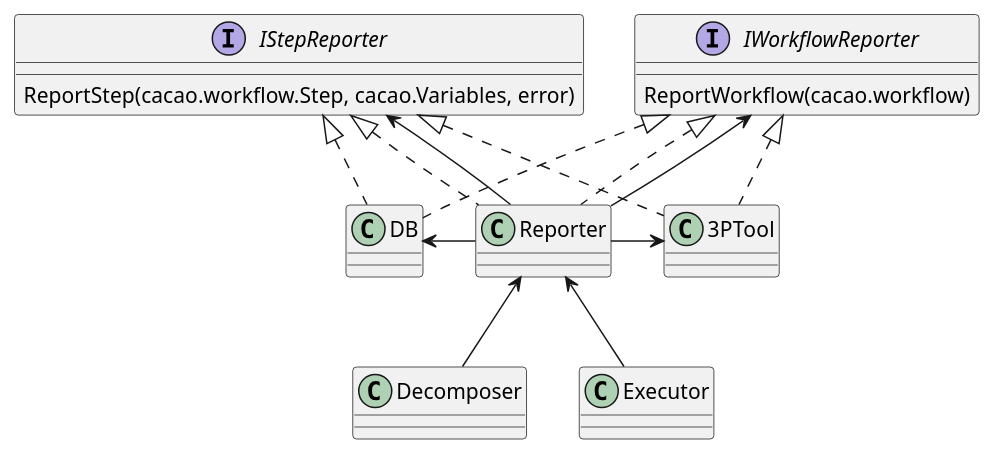
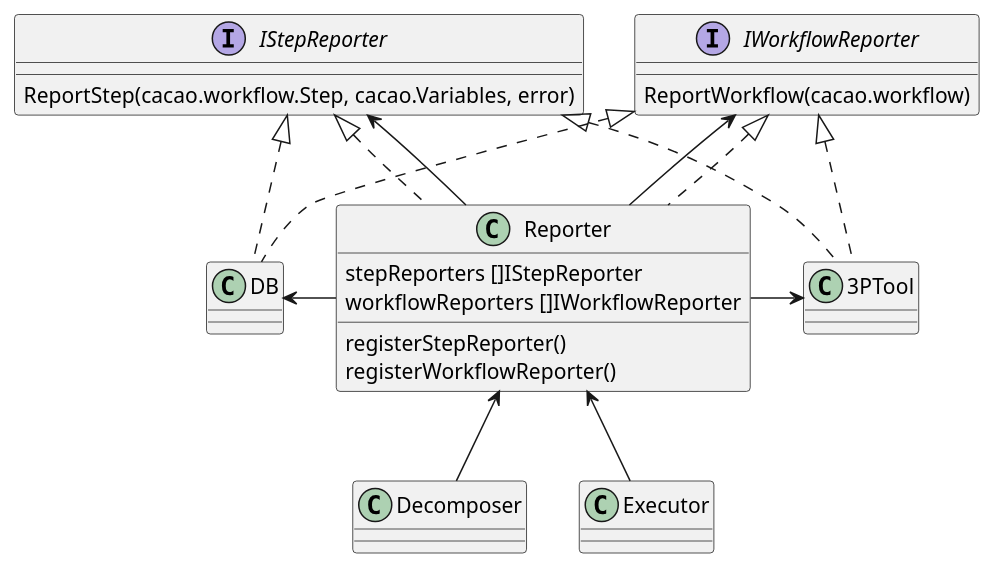
One commit to COSSAS/SOARCA changed the diagram in docs/content/en/docs/core-components/reporting.md. Above: the diagram before and after it, drawn with PlantUML. The commit also changed 2 other files, not shown here.

Commit message:
add register reporters function

````diff
--- a/docs/content/en/docs/core-components/reporting.md
+++ b/docs/content/en/docs/core-components/reporting.md
@@ -28,35 +28,41 @@
 ```plantuml
 @startuml
 set separator ::
 
 interface IWorkflowReporter{
     ReportWorkflow(cacao.workflow)
 }
 
 interface IStepReporter{
     ReportStep(cacao.workflow.Step, cacao.Variables, error)
 }
 
-class Reporter 
+class Reporter {
+    stepReporters []IStepReporter
+    workflowReporters []IWorkflowReporter
+
+    registerStepReporter()
+    registerWorkflowReporter()
+}
 class DB
 class 3PTool
 class Decomposer
 class Executor
 
 Decomposer -up-> Reporter
 Executor -up-> Reporter
 
+Reporter -up-> IWorkflowReporter
 Reporter .up.|> IWorkflowReporter
-Reporter -up-> IWorkflowReporter
 Reporter .up.|> IStepReporter
 Reporter -up-> IStepReporter
 
 DB .up.|> IWorkflowReporter
 DB .up.|> IStepReporter
 3PTool .up.|> IWorkflowReporter
 3PTool .up.|> IStepReporter
 
-Reporter -left-> DB
-Reporter -right-> 3PTool
+Reporter --left--> DB
+Reporter --right--> 3PTool
 
 ```
````
